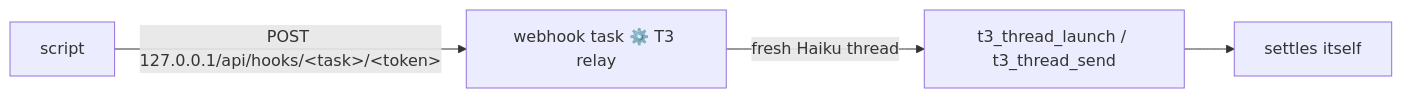
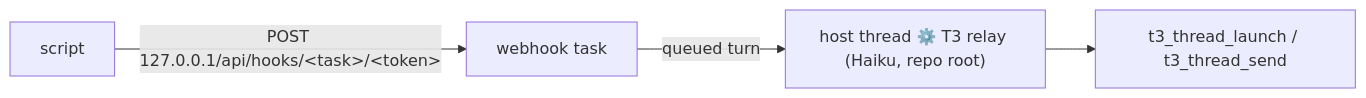
One commit to pjmuller/skills changed the diagram in skills/t3-manage-thread/relay.md. Above: the diagram before and after it, drawn with Mermaid. The commit also changed other lines of this file and 4 other files, not shown here.

Commit message:
t3-relay: bind relay task to a host thread (no worktree+fetch per request); check flags unbound/deleted host; heal recipe

````diff
--- a/skills/t3-manage-thread/relay.md
+++ b/skills/t3-manage-thread/relay.md
@@ -21,5 +21,6 @@
 ```mermaid
 flowchart LR
-  S[script] -- "POST 127.0.0.1/api/hooks/&lt;task&gt;/&lt;token&gt;" --> W["webhook task ⚙️ T3 relay"]
-  W -- fresh Haiku thread --> M["t3_thread_launch / t3_thread_send"] --> X[settles itself]
+  S[script] -- "POST 127.0.0.1/api/hooks/&lt;task&gt;/&lt;token&gt;" --> W["webhook task"]
+  W -- queued turn --> H["host thread ⚙️ T3 relay (Haiku, repo root)"]
+  H --> M["t3_thread_launch / t3_thread_send"]
 ```
````
